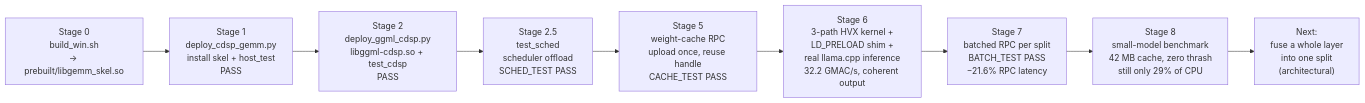
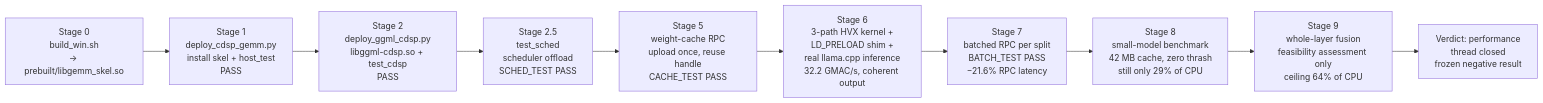
Before and after one commit to doeasier/raphael-cdsp-llm: the third of 3 diagrams in README.md, drawn with Mermaid. The commit also changed other lines of this file and 5 other files, not shown here.

First line of the commit message:
Stage 9: whole-layer DSP fusion feasibility assessment (not implemented)

````diff
--- a/README.md
+++ b/README.md
@@ -176,10 +198,11 @@
 ```mermaid
 flowchart LR
     A0["Stage 0<br/>build_win.sh<br/>-> prebuilt/libgemm_skel.so"] --> A1
     A1["Stage 1<br/>deploy_cdsp_gemm.py<br/>install skel + host_test<br/>PASS"] --> A2
     A2["Stage 2<br/>deploy_ggml_cdsp.py<br/>libggml-cdsp.so + test_cdsp<br/>PASS"] --> A25
     A25["Stage 2.5<br/>test_sched<br/>scheduler offload<br/>SCHED_TEST PASS"] --> A5
     A5["Stage 5<br/>weight-cache RPC<br/>upload once, reuse handle<br/>CACHE_TEST PASS"] --> A6
     A6["Stage 6<br/>3-path HVX kernel +<br/>LD_PRELOAD shim +<br/>real llama.cpp inference<br/>32.2 GMAC/s, coherent output"] --> A7
-    A7["Stage 7<br/>batched RPC per split<br/>BATCH_TEST PASS<br/>−21.6% RPC latency"] --> A8["Stage 8<br/>small-model benchmark<br/>42 MB cache, zero thrash<br/>still only 29% of CPU"] --> NX["Next:<br/>fuse a whole layer<br/>into one split<br/>(architectural)"]
+    A7["Stage 7<br/>batched RPC per split<br/>BATCH_TEST PASS<br/>−21.6% RPC latency"] --> A8["Stage 8<br/>small-model benchmark<br/>42 MB cache, zero thrash<br/>still only 29% of CPU"] --> A9["Stage 9<br/>whole-layer fusion<br/>feasibility assessment only<br/>ceiling 64% of CPU"]
+    A9 --> DONE["Verdict: performance<br/>thread closed<br/>frozen negative result"]
 ```
````
